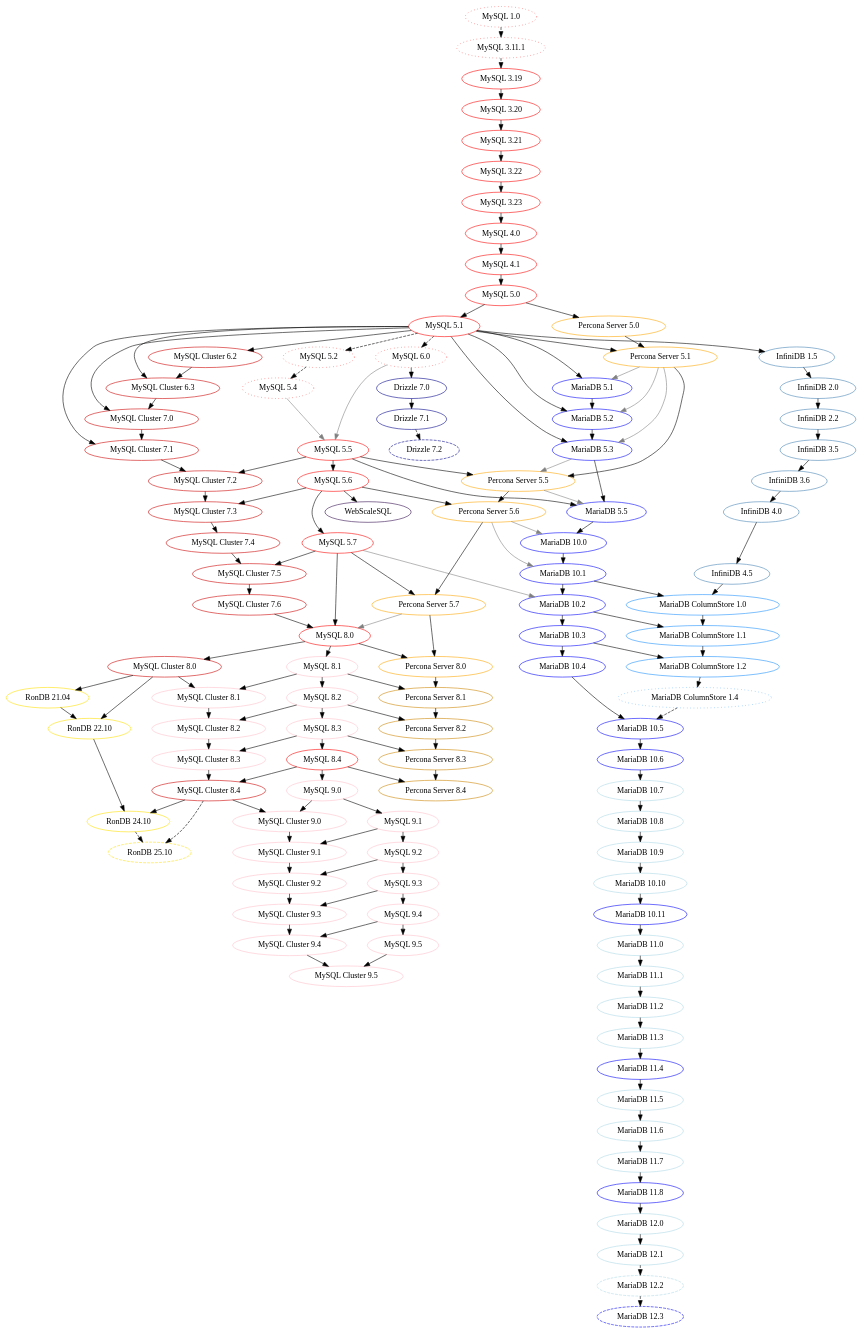
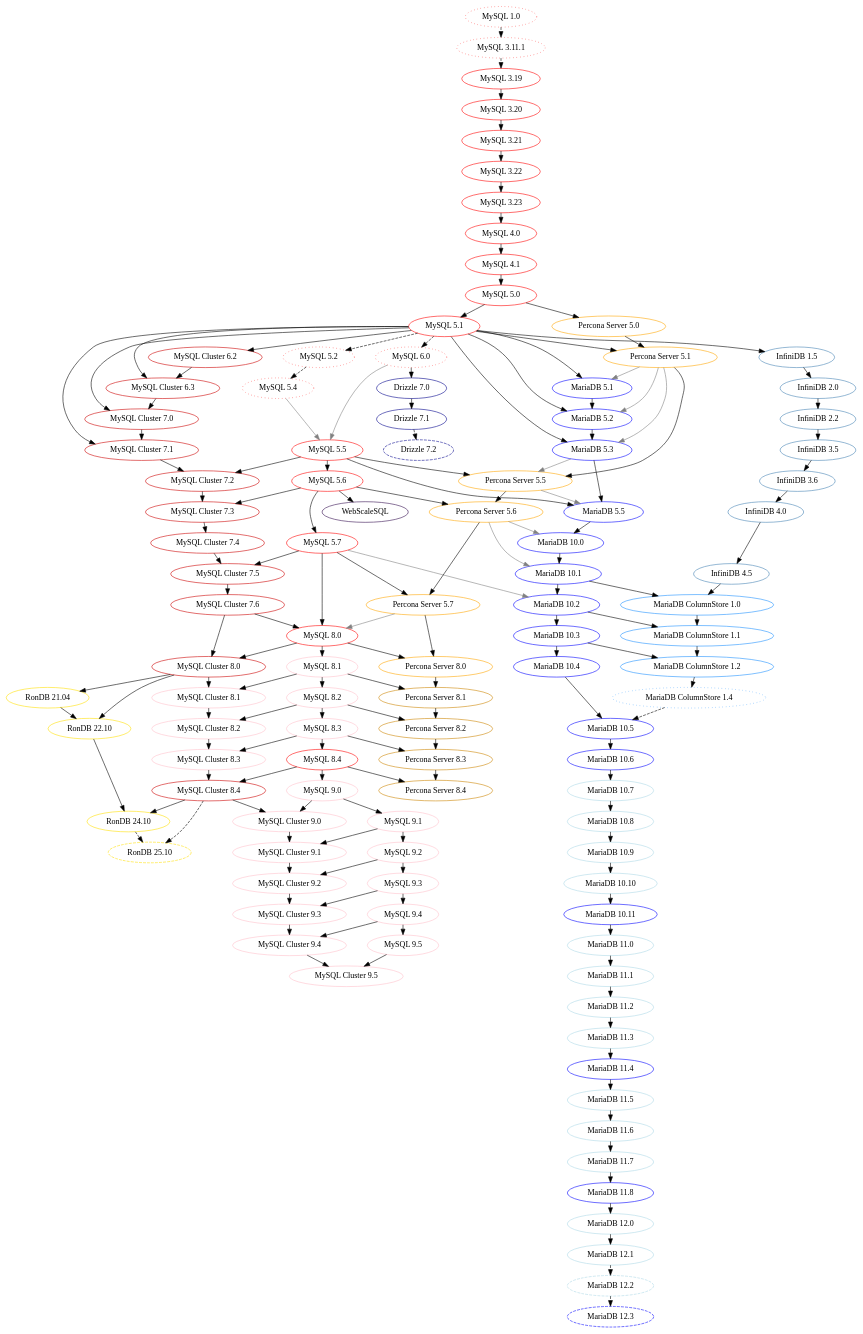
Before and after one commit to dveeden/mysql-history-graph: the diagram in mysql-history-graph.dot, drawn with Graphviz. The commit also changed 2 other files, not shown here.

Commit message:
Add link from MySQL Cluster 7.6 to MySQL Cluster 8.0

```diff
--- a/mysql-history-graph.dot
+++ b/mysql-history-graph.dot
@@ -126,6 +126,7 @@
 	"MySQL Cluster 9.3"  [color="pink"]
 	"MySQL Cluster 9.4"  [color="pink"]
 	"MySQL Cluster 9.5"  [color="pink"]
+	"MySQL Cluster 7.6" -> "MySQL Cluster 8.0";
 	"MySQL 8.0" -> "MySQL Cluster 8.0";
 	"MySQL Cluster 8.0" -> "MySQL Cluster 8.1";
 	"MySQL 8.1" -> "MySQL Cluster 8.1";
```
